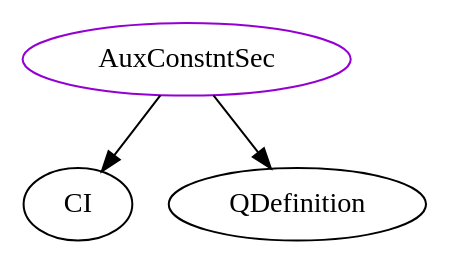
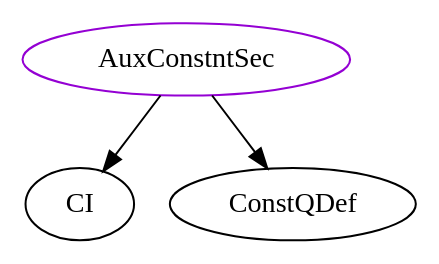
Before and after one commit to Ant13731/Drasil: the diagram in analysis/TypeDependencyGraphs/docLang/AuxConstntSec.dot, drawn with Graphviz. The commit also changed 2107 other files, not shown here.

```diff
--- a/analysis/TypeDependencyGraphs/docLang/AuxConstntSec.dot
+++ b/analysis/TypeDependencyGraphs/docLang/AuxConstntSec.dot
@@ -1,5 +1,5 @@
 digraph auxconstntsec{
 AuxConstntSec	[shape=oval, color=darkviolet, label="AuxConstntSec"];
 AuxConstntSec -> CI;
-AuxConstntSec -> QDefinition;
+AuxConstntSec -> ConstQDef;
 }
```
